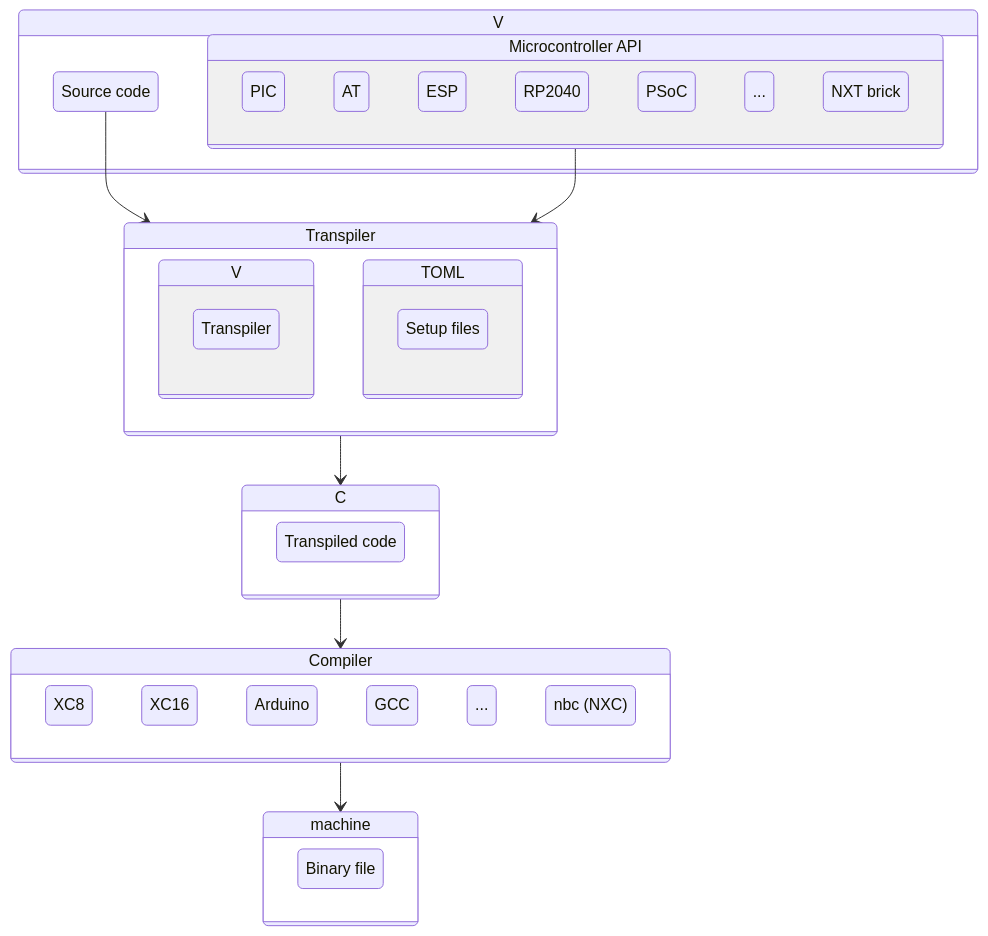
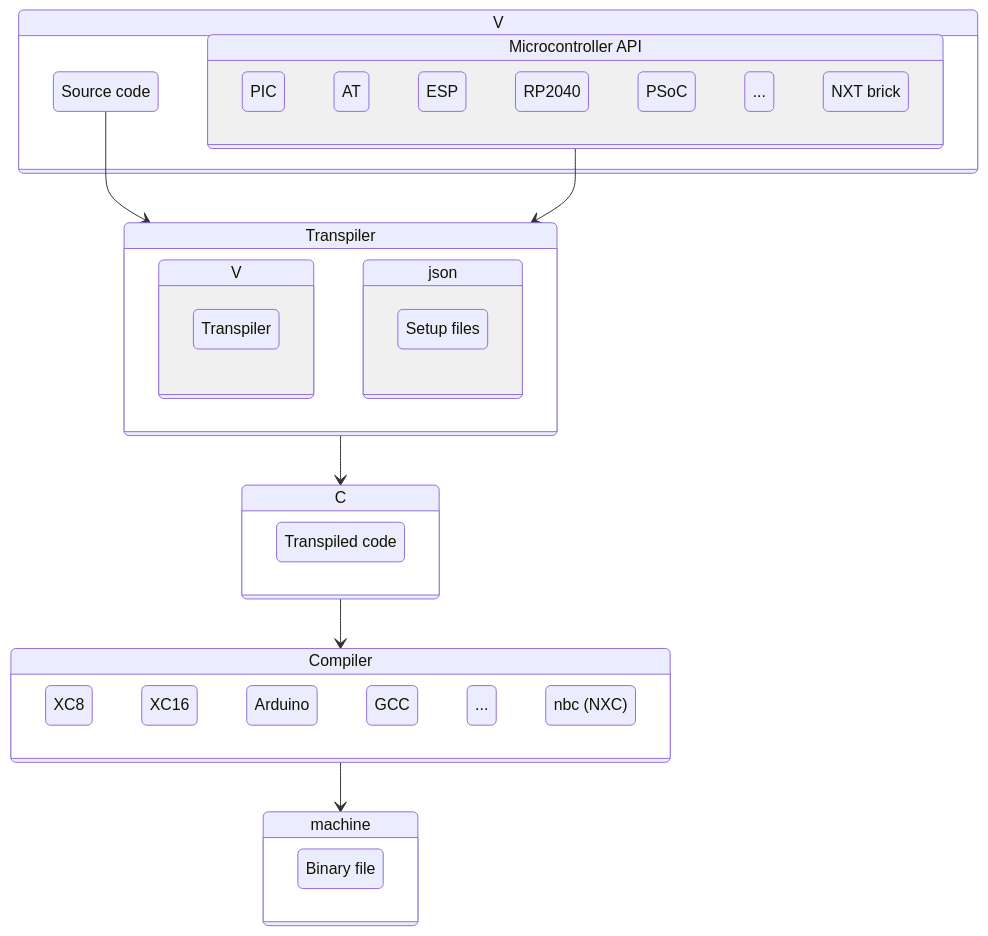
One commit to fermarsan/aixt changed the diagram in README.md. Above: the diagram before and after it, drawn with Mermaid. The commit also changed other lines of this file and 12 other files, not shown here.

````diff
--- a/README.md
+++ b/README.md
@@ -14,56 +14,56 @@
 ```mermaid
 stateDiagram-v2
 
     Aixt: V
     state Aixt {
         source: Source code
 
         API: Microcontroller API    
         state API {
             PICs: PIC
             ATM: AT
             ESP
             RP2040
             PSoC
             others2: ...
             NXT: NXT brick
         }
     }
 
 
 
     Aixt2C: Transpiler
     state Aixt2C {
         state V {
             Transpiler: Transpiler
         }
         
-        state TOML {
+        state json {
             setup: Setup files
         }
     }
 
     C: C
     state C {
         Tr_Code: Transpiled code
     }
 
     state Compiler {
         XC8
         XC16
         Arduino
         GCC
         others: ...
         nbc: nbc (NXC)
     }
 
     state machine {
         BF: Binary file
     }
 
     source --> Aixt2C
     API --> Aixt2C
     Aixt2C --> C
     C --> Compiler
     Compiler --> machine
 ```
````
